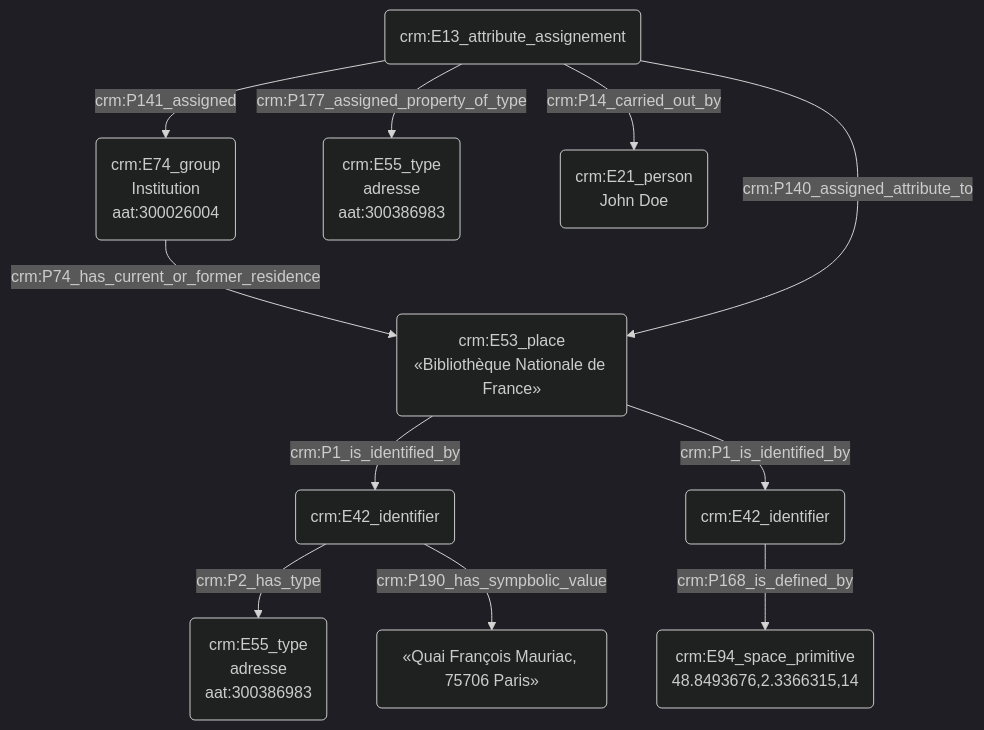
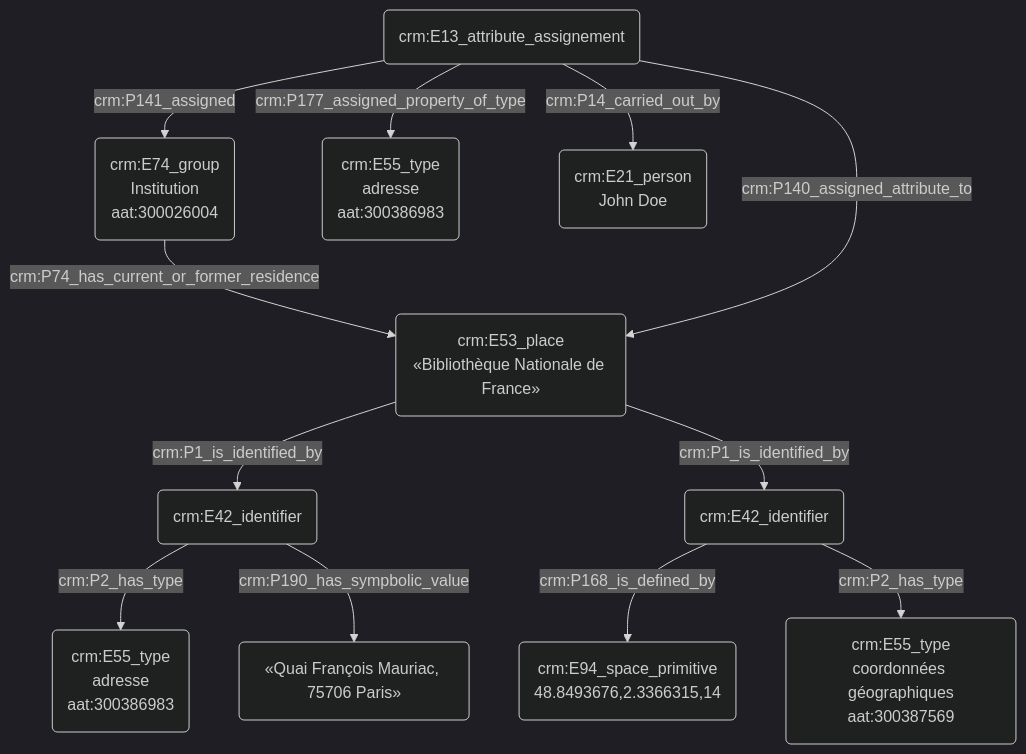
One commit to Amleth/consortium-musica2-gt2-ontologies changed the diagram in modules/livrables/Dossier 2/Indexation conceptuelle/indexation_d_un_lieu.md. Above: the diagram before and after it, drawn with Mermaid (dark theme).

````diff
--- a/modules/livrables/Dossier 2/Indexation conceptuelle/indexation_d_un_lieu.md
+++ b/modules/livrables/Dossier 2/Indexation conceptuelle/indexation_d_un_lieu.md
@@ -17,21 +17,22 @@
 ```mermaid
 graph TD;
 
 A(crm:E53_place<br>Bibliothèque_Nationale_de_France) --> |crm:P1_is_identified_by| B(crm:E42_identifier)
 A(crm:E53_place<br>Bibliothèque_Nationale_de_France) --> |crm:P1_is_identified_by| S(crm:E42_identifier)
 S(crm:E42_identifier) --> |crm:P168_is_defined_by| Z(crm:E94_space_primitive<br>48.8493676,2.3366315,14)
+S(crm:E42_identifier) --> |crm:P2_has_type| N(crm:E55_type<br>coordonnées géographiques<br>aat:300387569)
 
 B(crm:E42_identifier) --> |crm:P2_has_type| X(crm:E55_type<br>adresse<br>aat:300386983)
 B(crm:E42_identifier) --> |crm:P190_has_sympbolic_value| Y(«Quai François Mauriac, 75706 Paris»)
 
 
 C(crm:E74_group<br>Institution<br>aat:300026004) --> |crm:P74_has_current_or_former_residence| A(crm:E53_place<br>Bibliothèque_Nationale_de_France)
 
 
 H(crm:E13_attribute_assignement) --> |crm:P140_assigned_attribute_to| A(crm:E53_place<br>«Bibliothèque Nationale de France») 
 H(crm:E13_attribute_assignement) --> |crm:P141_assigned| C(crm:E74_group<br>Institution<br>aat:300026004)
 H(crm:E13_attribute_assignement) --> |crm:P177_assigned_property_of_type| K(crm:E55_type<br>adresse<br>aat:300386983)
 H(crm:E13_attribute_assignement) --> |crm:P14_carried_out_by| J(crm:E21_person<br>John Doe)
 
 
 ```
````
